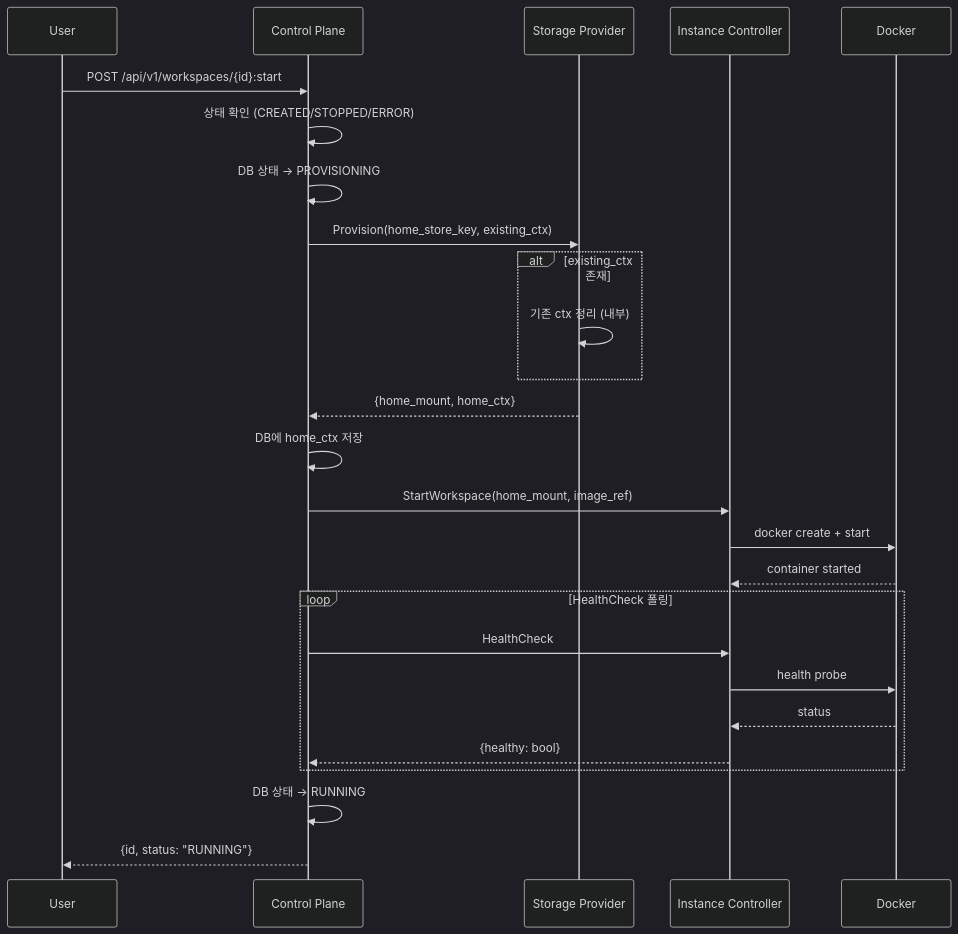
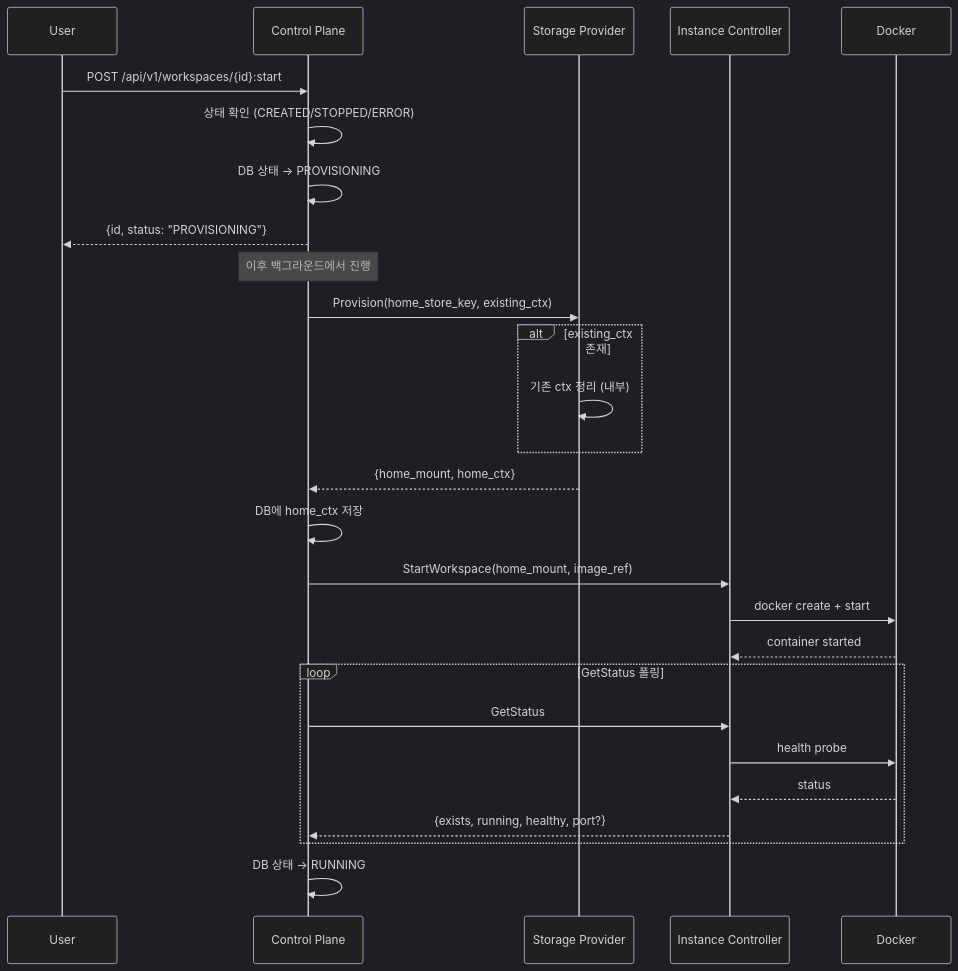
The fourth of 10 diagrams in docs/architecture.md (cagojeiger/code-hub), drawn with Mermaid (dark theme) before and after one commit. The commit also changed other lines of this file and 1 other file, not shown here.

Commit message:
docs: fix sync/async inconsistency and add missing specs
- Fix StartWorkspace/StopWorkspace diagrams to show async response
  (return PROVISIONING/STOPPING immediately, process in background)
- Add delete response format (204 No Content)
- Add healthcheck config details (type, path, interval, timeout)

🤖 Generated with [Claude Code](https://claude.com/claude-code)

````diff
--- a/docs/architecture.md
+++ b/docs/architecture.md
@@ -90,35 +90,37 @@
 ```mermaid
 sequenceDiagram
     participant U as User
     participant CP as Control Plane
     participant SP as Storage Provider
     participant IC as Instance Controller
     participant D as Docker
 
     U->>CP: POST /api/v1/workspaces/{id}:start
     CP->>CP: 상태 확인 (CREATED/STOPPED/ERROR)
     CP->>CP: DB 상태 → PROVISIONING
+    CP-->>U: {id, status: "PROVISIONING"}
+
+    Note over CP: 이후 백그라운드에서 진행
 
     CP->>SP: Provision(home_store_key, existing_ctx)
 
     alt existing_ctx 존재
         SP->>SP: 기존 ctx 정리 (내부)
     end
 
     SP-->>CP: {home_mount, home_ctx}
     CP->>CP: DB에 home_ctx 저장
 
     CP->>IC: StartWorkspace(home_mount, image_ref)
     IC->>D: docker create + start
     D-->>IC: container started
 
-    loop HealthCheck 폴링
-        CP->>IC: HealthCheck
+    loop GetStatus 폴링
+        CP->>IC: GetStatus
         IC->>D: health probe
         D-->>IC: status
-        IC-->>CP: {healthy: bool}
+        IC-->>CP: {exists, running, healthy, port?}
     end
 
     CP->>CP: DB 상태 → RUNNING
-    CP-->>U: {id, status: "RUNNING"}
 ```
````
